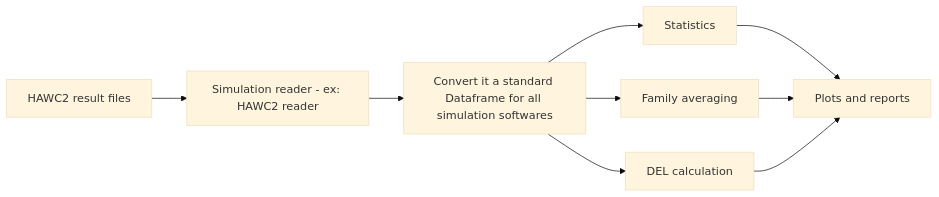
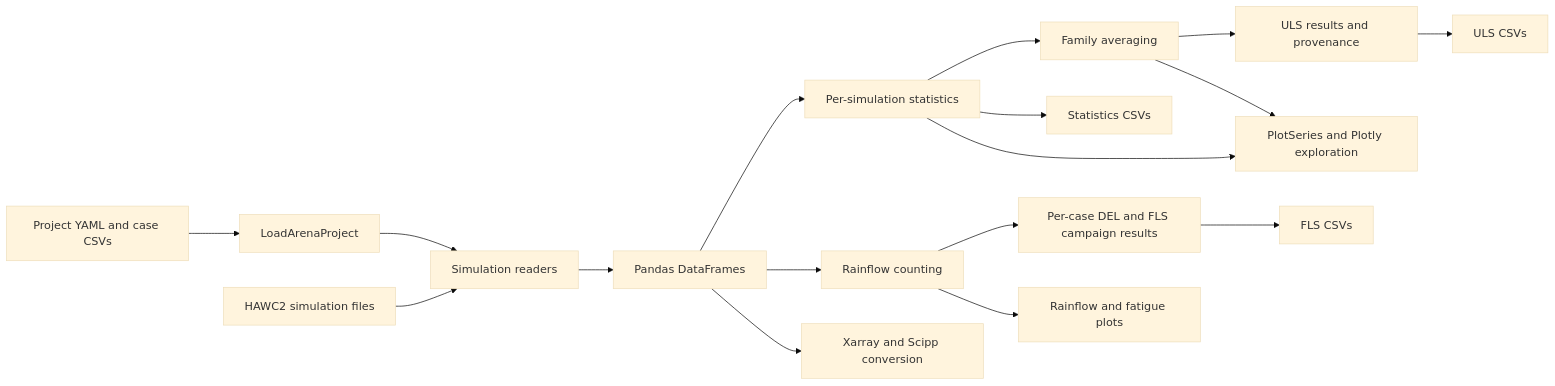
The diagram in docs/tool_design.md (arash7444/load-arena), drawn with Mermaid (base theme) before and after one commit. The commit also changed other lines of this file and 26 other files, not shown here.

````diff
--- a/docs/tool_design.md
+++ b/docs/tool_design.md
@@ -11,12 +16,19 @@
 ```mermaid
 flowchart LR
-
-    A[HAWC2 result files] --> B[Simulation reader - ex: HAWC2 reader]
-    B --> C[Convert it a standard Dataframe for all simulation softwares]
-    C --> D[Statistics]
-    C --> E[Family averaging]
-    C --> F[DEL calculation]
-    D --> G[Plots and reports]
-    E --> G
-    F --> G
+    A[Project YAML and case CSVs] --> B[LoadArenaProject]
+    C[HAWC2 simulation files] --> D[Simulation readers]
+    B --> D
+    D --> E[Pandas DataFrames]
+    E --> F[Per-simulation statistics]
+    F --> G[Family averaging]
+    G --> H[ULS results and provenance]
+    E --> I[Rainflow counting]
+    I --> J[Per-case DEL and FLS campaign results]
+    F --> K[Statistics CSVs]
+    H --> L[ULS CSVs]
+    J --> M[FLS CSVs]
+    F --> N[PlotSeries and Plotly exploration]
+    G --> N
+    I --> O[Rainflow and fatigue plots]
+    E --> P[Xarray and Scipp conversion]
 ```
````
